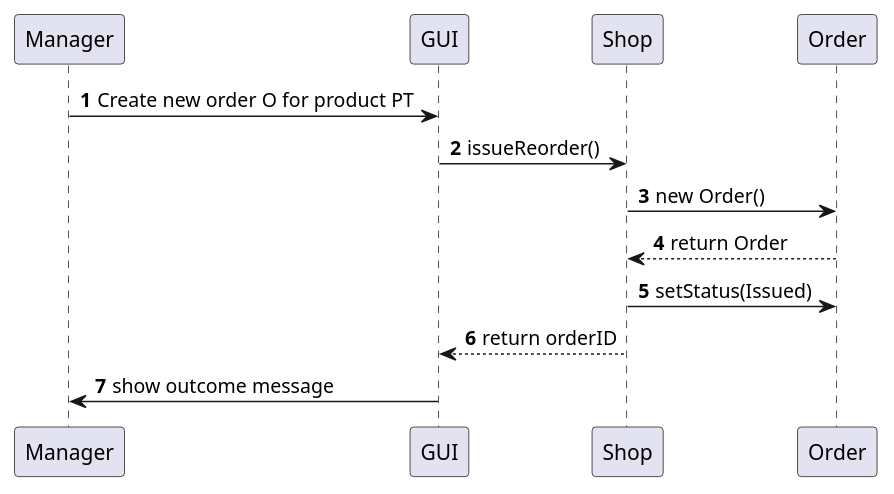
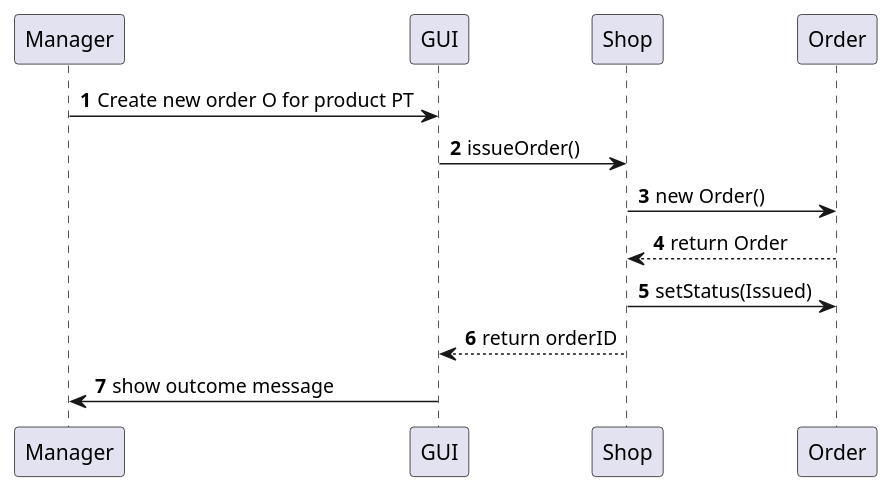
One commit to Stormz4/group20-EzShop changed the ninth of 23 diagrams in Deliverables/DesignDocument.md. Above: the diagram before and after it, drawn with PlantUML. The commit also changed other lines of this file, not shown here.

````diff
--- a/Deliverables/DesignDocument.md
+++ b/Deliverables/DesignDocument.md
@@ -440,12 +418,12 @@
 ```plantuml
 @startuml
 autonumber
 Manager -> GUI: Create new order O for product PT
-GUI -> Shop: issueReorder()
+GUI -> Shop: issueOrder()
 Shop -> Order: new Order()
 Order --> Shop: return Order
 Shop -> Order: setStatus(Issued)
 Shop --> GUI: return orderID
 GUI -> Manager: show outcome message
 @enduml
 ```   
````
